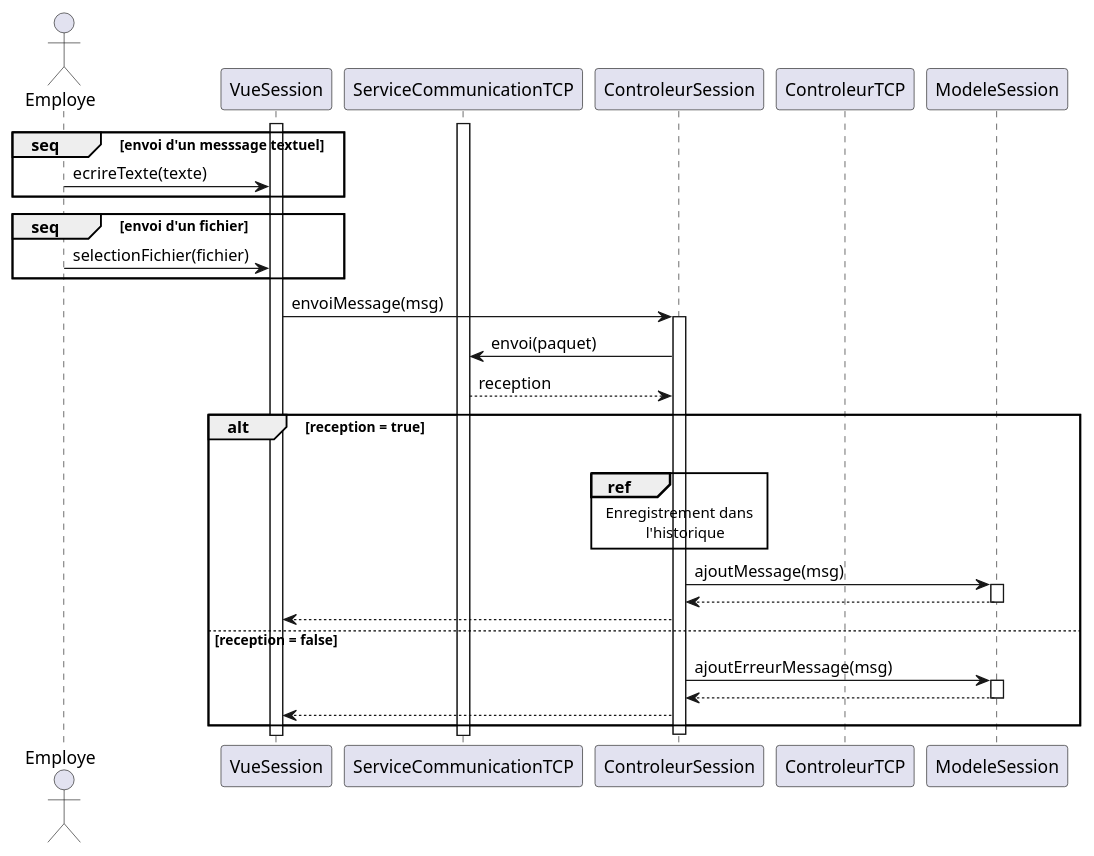
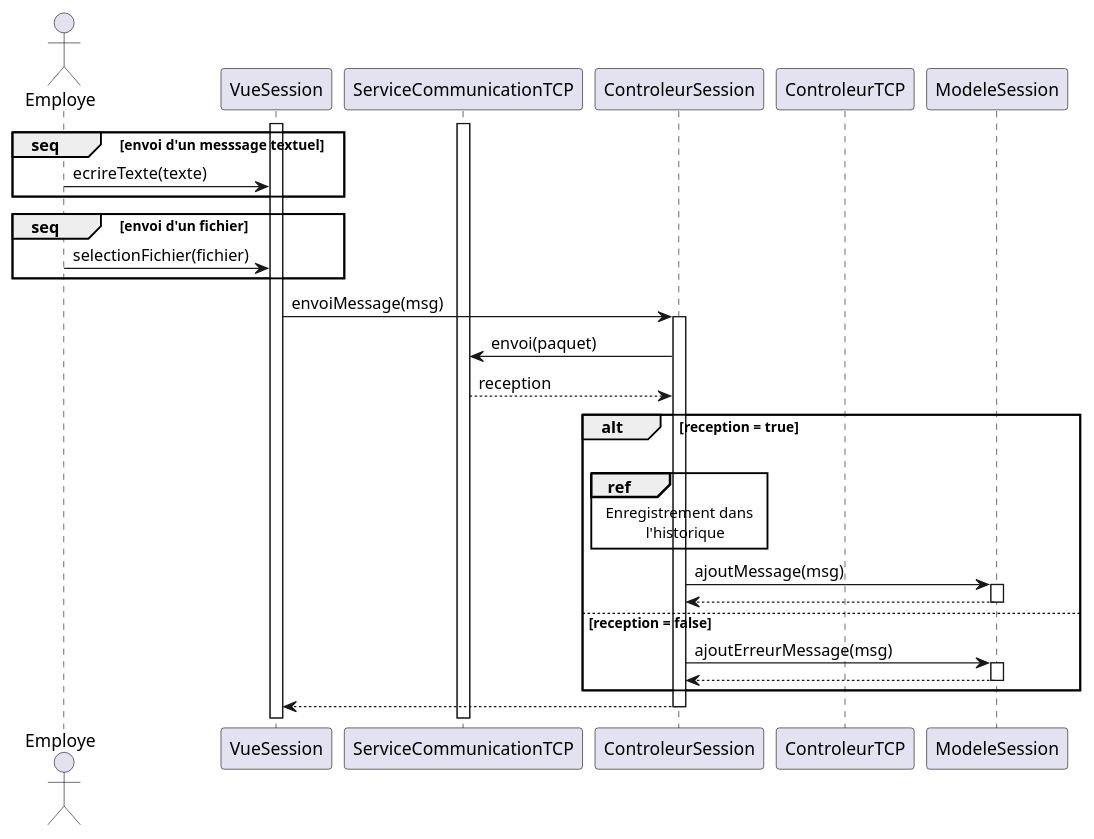
The diagram in sequence/envoi_message.wsd (arc-hugo/clavardage_uml), drawn with PlantUML before and after one commit. The commit also changed 1 other file, not shown here.

```diff
--- a/sequence/envoi_message.wsd
+++ b/sequence/envoi_message.wsd
@@ -1,35 +1,34 @@
 @startuml envoi_message
 actor Employe
 activate VueSession
 activate ServiceCommunicationTCP
 group seq [envoi d'un messsage textuel]
     Employe -> VueSession : ecrireTexte(texte)
 end
 group seq [envoi d'un fichier]
     Employe -> VueSession : selectionFichier(fichier)
 end
 VueSession -> ControleurSession : envoiMessage(msg)
 activate ControleurSession
 ControleurSession -> ServiceCommunicationTCP : envoi(paquet)
 ServiceCommunicationTCP --> ControleurSession : reception
 deactivate ControleurTCP
 alt reception = true
     ControleurSession [hidden]-> ControleurSession
     ref over ControleurSession
         Enregistrement dans
             l'historique 
     end ref
     ControleurSession -> ModeleSession : ajoutMessage(msg)
     activate ModeleSession
     ModeleSession --> ControleurSession
     deactivate ModeleSession
-    ControleurSession --> VueSession
 else reception = false
     ControleurSession -> ModeleSession : ajoutErreurMessage(msg)
     activate ModeleSession
     ModeleSession --> ControleurSession
     deactivate ModeleSession
-    ControleurSession --> VueSession
 end
+ControleurSession --> VueSession
 deactivate ControleurSession
 @enduml
```
